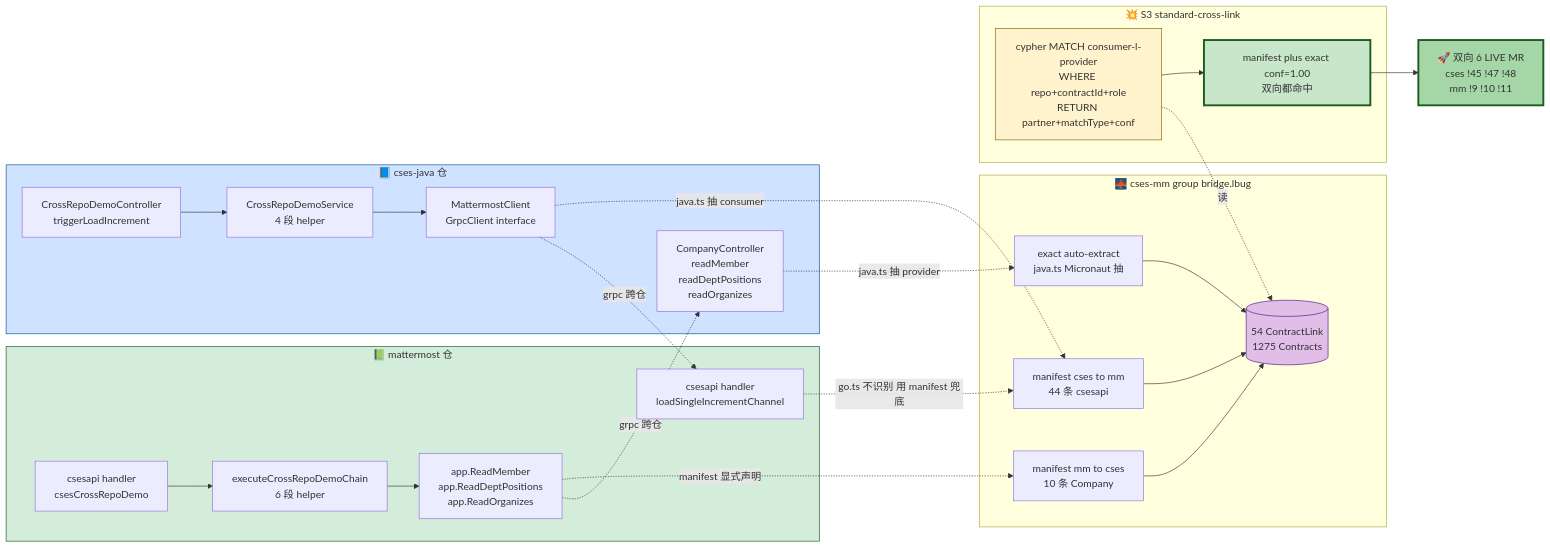
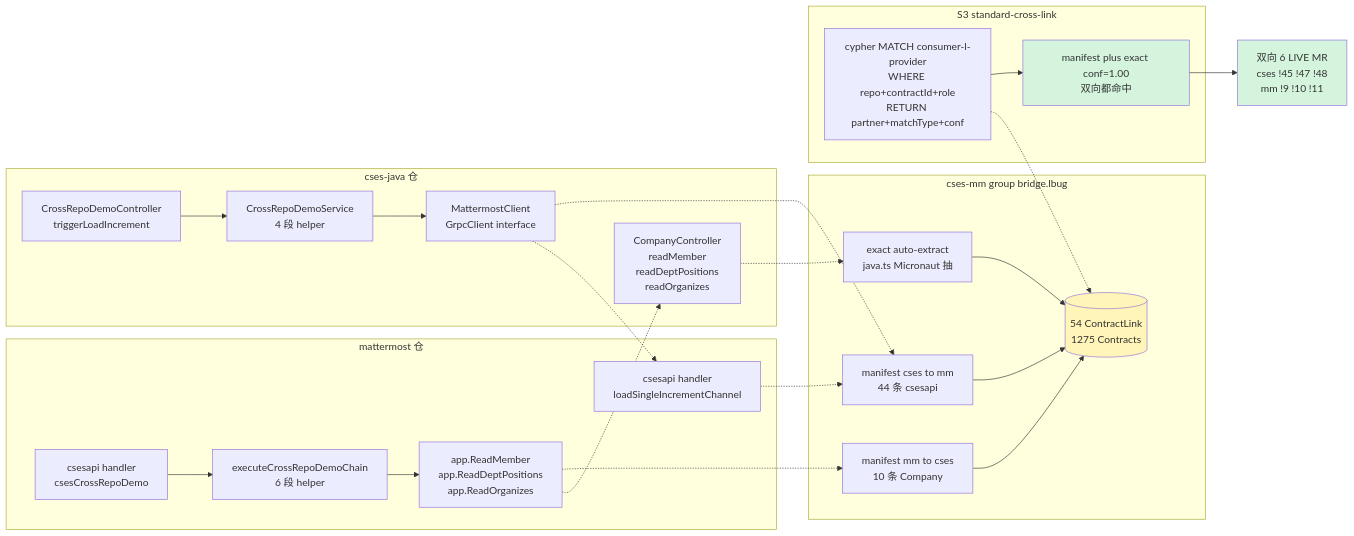
The diagram in docs/learn/diagrams/20-cross-repo-blast.mmd (zxs1633079383/GitNexus), drawn with Mermaid before and after one commit. The commit also changed 3 other files, not shown here.

First line of the commit message:
style(diagrams): 4 mmd 大幅简化 — 跟 17.lbug-diff.mmd 极简风对齐

```diff
--- a/docs/learn/diagrams/20-cross-repo-blast.mmd
+++ b/docs/learn/diagrams/20-cross-repo-blast.mmd
@@ -1,64 +1,57 @@
 %% 跨仓爆炸半径 — cses ↔ mattermost 双向 contract resolution
 %% v1.2 sprint 2026-05-01 / 双向 6 LIVE MR
 %% 配套：session §25 / 路线图 v2.1 §12
 
 flowchart LR
-    subgraph CSES["📘 cses-java 仓"]
+    subgraph CSES["cses-java 仓"]
         CSES_CTRL[CrossRepoDemoController<br/>triggerLoadIncrement]
         CSES_SVC[CrossRepoDemoService<br/>4 段 helper]
         CSES_CLIENT[MattermostClient<br/>GrpcClient interface]
         CSES_COMP[CompanyController<br/>readMember<br/>readDeptPositions<br/>readOrganizes]
     end
 
-    subgraph MM["📗 mattermost 仓"]
+    subgraph MM["mattermost 仓"]
         MM_HANDLER[csesapi handler<br/>csesCrossRepoDemo]
         MM_DEMO[executeCrossRepoDemoChain<br/>6 段 helper]
         MM_GRPC[app.ReadMember<br/>app.ReadDeptPositions<br/>app.ReadOrganizes]
         MM_INC[csesapi handler<br/>loadSingleIncrementChannel]
     end
 
-    subgraph BRIDGE_GROUP["🌉 cses-mm group bridge.lbug"]
+    subgraph BRIDGE_GROUP["cses-mm group bridge.lbug"]
         BRIDGE[(54 ContractLink<br/>1275 Contracts)]
         M2M_C2M[manifest cses to mm<br/>44 条 csesapi]
         M2M_M2C[manifest mm to cses<br/>10 条 Company]
         EXACT[exact auto-extract<br/>java.ts Micronaut 抽]
     end
 
-    subgraph S3_CY["💥 S3 standard-cross-link"]
+    subgraph S3_CY["S3 standard-cross-link"]
         CYPHER[cypher MATCH consumer-l-provider<br/>WHERE repo+contractId+role<br/>RETURN partner+matchType+conf]
         HIT[manifest plus exact conf=1.00<br/>双向都命中]
     end
 
-    LIVE_MR[🚀 双向 6 LIVE MR<br/>cses !45 !47 !48<br/>mm !9 !10 !11]
+    LIVE_MR[双向 6 LIVE MR<br/>cses !45 !47 !48<br/>mm !9 !10 !11]
 
-    %% cses to mm 调用链
     CSES_CTRL --> CSES_SVC
     CSES_SVC --> CSES_CLIENT
-    CSES_CLIENT -.->|"grpc 跨仓"| MM_INC
+    CSES_CLIENT -.-> MM_INC
 
-    %% mm to cses 调用链
     MM_HANDLER --> MM_DEMO
     MM_DEMO --> MM_GRPC
-    MM_GRPC -.->|"grpc 跨仓"| CSES_COMP
+    MM_GRPC -.-> CSES_COMP
 
-    %% 索引/manifest 抽取
-    CSES_CLIENT -.->|"java.ts 抽 consumer"| M2M_C2M
-    CSES_COMP -.->|"java.ts 抽 provider"| EXACT
-    MM_GRPC -.->|"manifest 显式声明"| M2M_M2C
-    MM_INC -.->|"go.ts 不识别 用 manifest 兜底"| M2M_C2M
+    CSES_CLIENT -.-> M2M_C2M
+    CSES_COMP -.-> EXACT
+    MM_GRPC -.-> M2M_M2C
+    MM_INC -.-> M2M_C2M
 
     M2M_C2M --> BRIDGE
     M2M_M2C --> BRIDGE
     EXACT --> BRIDGE
 
-    %% Pipeline 跑流程
-    CYPHER -.->|"读"| BRIDGE
+    CYPHER -.-> BRIDGE
     CYPHER --> HIT
     HIT --> LIVE_MR
 
-    style CSES fill:#cfe2ff,stroke:#0a4d8c
-    style MM fill:#d4edda,stroke:#155724
-    style BRIDGE fill:#e1bee7,stroke:#4a148c
-    style HIT fill:#c8e6c9,stroke:#1b5e20,stroke-width:3px
-    style LIVE_MR fill:#a5d6a7,stroke:#1b5e20,stroke-width:3px
-    style CYPHER fill:#fff3cd,stroke:#856404
+    style LIVE_MR fill:#d4f4dd
+    style HIT fill:#d4f4dd
+    style BRIDGE fill:#fff5b8
```
